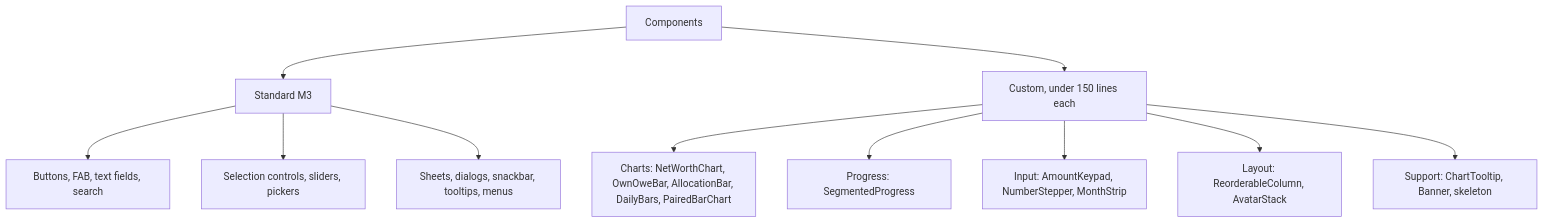
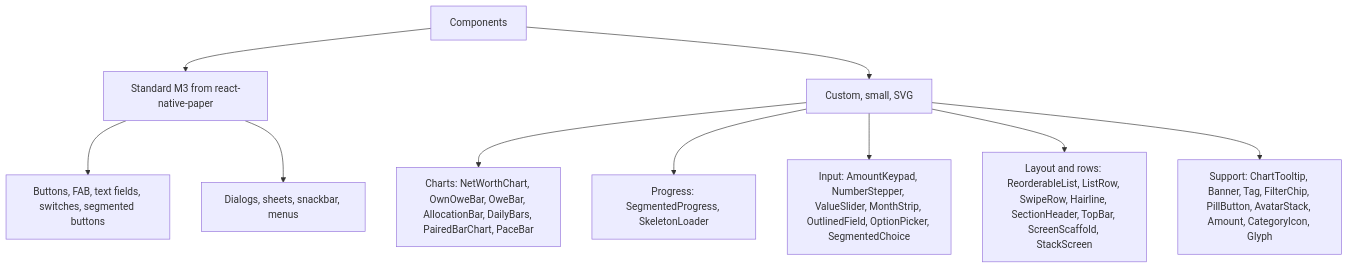
Before and after one commit to Aditya-Jyoti/bacchat: the second of 2 diagrams in docs/design-system.md, drawn with Mermaid. The commit also changed other lines of this file and 52 other files, not shown here.

````diff
--- a/docs/design-system.md
+++ b/docs/design-system.md
@@ -115,13 +118,12 @@
 ```mermaid
 flowchart TD
-    A[Components] --> B[Standard M3]
-    A --> C[Custom, under 150 lines each]
-    B --> B1[Buttons, FAB, text fields, search]
-    B --> B2[Selection controls, sliders, pickers]
-    B --> B3[Sheets, dialogs, snackbar, tooltips, menus]
-    C --> C1[Charts: NetWorthChart, OwnOweBar, AllocationBar, DailyBars, PairedBarChart]
-    C --> C2[Progress: SegmentedProgress]
-    C --> C3[Input: AmountKeypad, NumberStepper, MonthStrip]
-    C --> C4[Layout: ReorderableColumn, AvatarStack]
-    C --> C5[Support: ChartTooltip, Banner, skeleton]
+    A[Components] --> B[Standard M3 from react-native-paper]
+    A --> C[Custom, small, SVG]
+    B --> B1[Buttons, FAB, text fields, switches, segmented buttons]
+    B --> B2[Dialogs, sheets, snackbar, menus]
+    C --> C1[Charts: NetWorthChart, OwnOweBar, OweBar, AllocationBar, DailyBars, PairedBarChart, PaceBar]
+    C --> C2[Progress: SegmentedProgress, SkeletonLoader]
+    C --> C3[Input: AmountKeypad, NumberStepper, ValueSlider, MonthStrip, OutlinedField, OptionPicker, SegmentedChoice]
+    C --> C4[Layout and rows: ReorderableList, ListRow, SwipeRow, Hairline, SectionHeader, TopBar, ScreenScaffold, StackScreen]
+    C --> C5[Support: ChartTooltip, Banner, Tag, FilterChip, PillButton, AvatarStack, Amount, CategoryIcon, Glyph]
 ```
````
